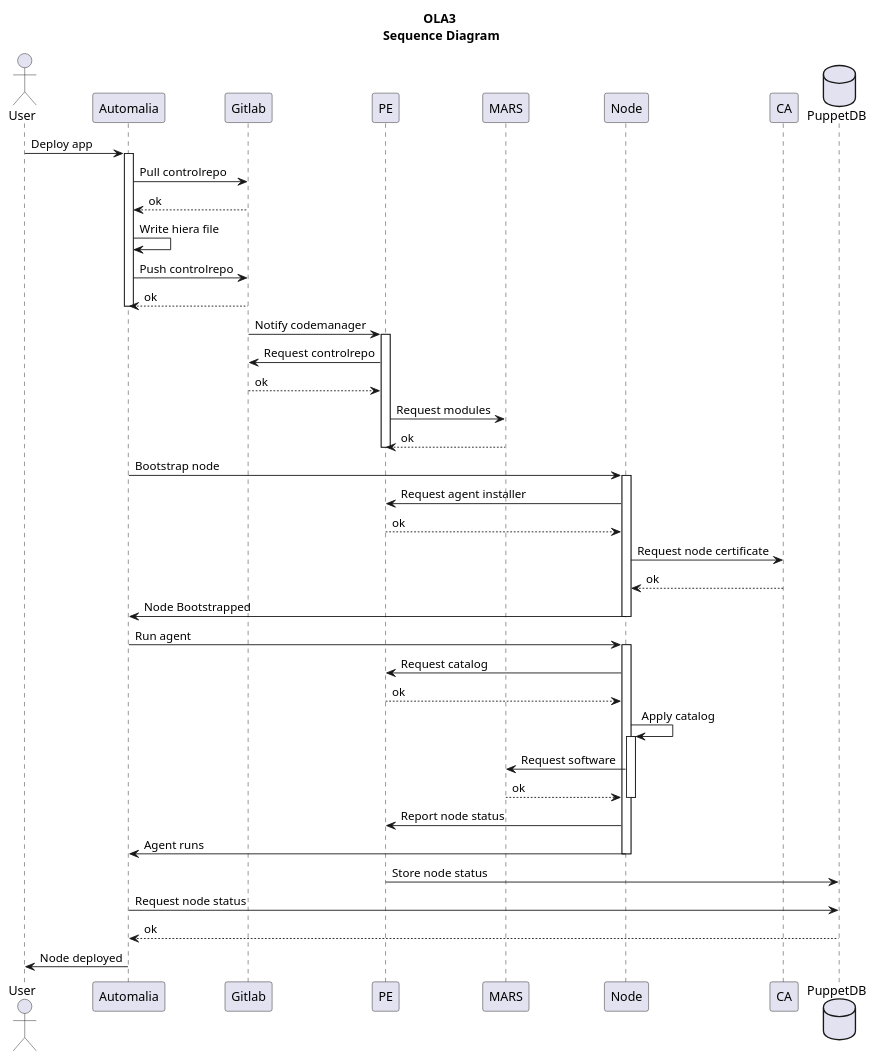
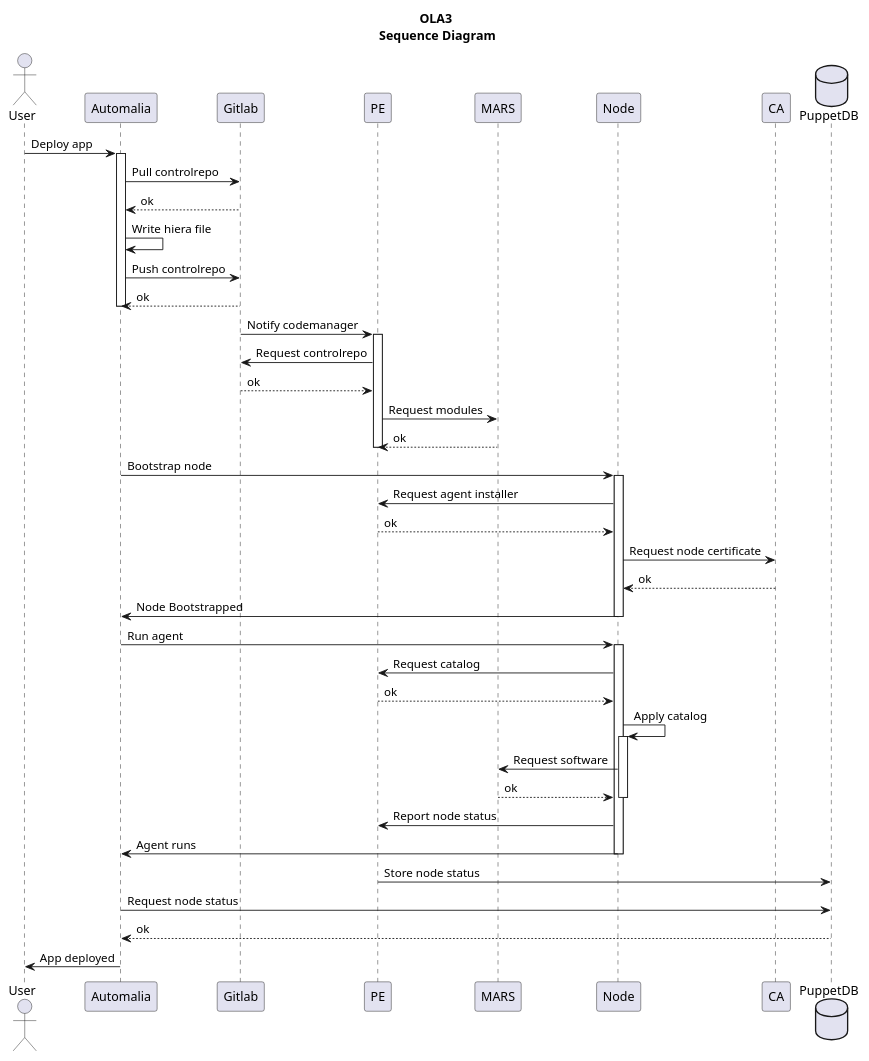
The diagram in doc/sequence.puml (CIVIR-ES/PE-vagrant), drawn with PlantUML before and after one commit.

```diff
--- a/doc/sequence.puml
+++ b/doc/sequence.puml
@@ -1,57 +1,57 @@
 @startuml
 title OLA3\n Sequence Diagram
 
 actor User
 participant "Automalia" as A
 participant "Gitlab" as B
 participant "PE" as C
 participant "MARS" as D
 participant "Node" as E
 participant "CA" as F
 database "PuppetDB" as G
 
 User -> A: Deploy app
 activate A
 A -> B: Pull controlrepo
 B --> A: ok
 A -> A: Write hiera file
 A -> B: Push controlrepo
 B --> A: ok
 deactivate A
 
 B -> C: Notify codemanager
 activate C
 C -> B: Request controlrepo
 B --> C: ok
 C -> D: Request modules
 D --> C: ok
 deactivate C
 
 A -> E: Bootstrap node
 activate E
 E -> C: Request agent installer
 C --> E: ok
 E -> F: Request node certificate
 F --> E: ok
 E -> A: Node Bootstrapped
 deactivate E
 
 A -> E: Run agent
 activate E
 E -> C: Request catalog
 C --> E: ok
 E -> E: Apply catalog
 activate E
 E -> D: Request software
 D --> E: ok
 deactivate E
 E -> C: Report node status
 E -> A: Agent runs
 deactivate E
 
 C -> G: Store node status
 A -> G: Request node status
 G --> A: ok
 
-A -> User: Node deployed
+A -> User: App deployed
 @enduml
```
